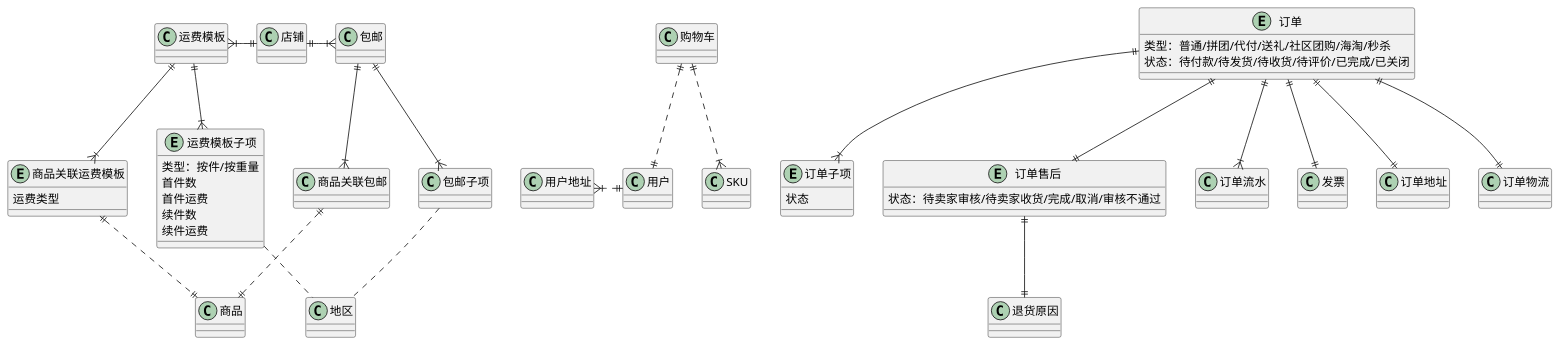
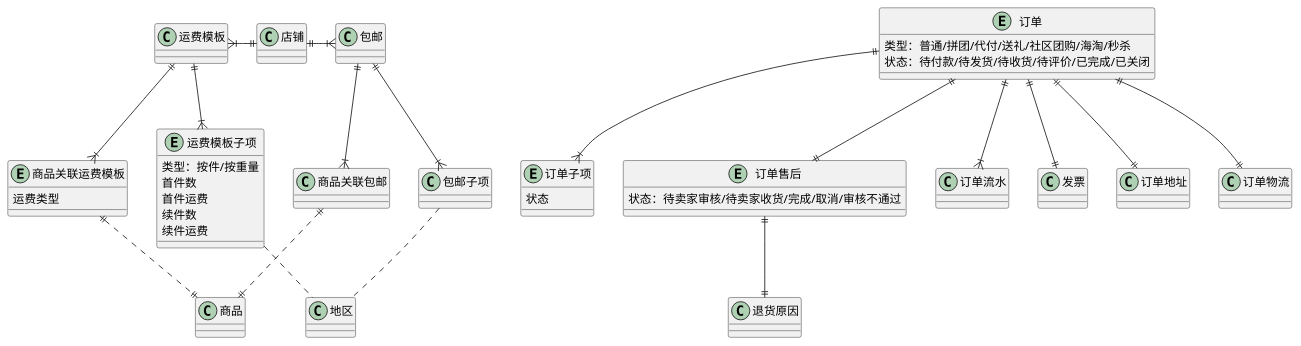
One commit to awesomecat2020/mock-mall changed the diagram in 订单.wsd. Above: the diagram before and after it, drawn with PlantUML. The commit also changed 4 other files, not shown here.

Commit message:
modify UML

```diff
--- a/订单.wsd
+++ b/订单.wsd
@@ -1,50 +1,44 @@
-@startuml
+@startuml 订单UML
 
 entity 订单 {
     类型：普通/拼团/代付/送礼/社区团购/海淘/秒杀
     状态：待付款/待发货/待收货/待评价/已完成/已关闭
 }
 entity 订单子项 {
     状态
 }
 entity 订单售后 {
     状态：待卖家审核/待卖家收货/完成/取消/审核不通过
 }
 entity 商品关联运费模板 {
     运费类型
 }
 entity 运费模板子项 {
     类型：按件/按重量
     首件数
     首件运费
     续件数
     续件运费
 }
 
 订单 ||--|{ 订单子项
 订单 ||--|{ 订单流水
 订单 ||--|| 发票
 订单 ||--|| 订单地址
 订单 ||--|| 订单物流
 订单 ||--|| 订单售后
 订单售后 ||--|| 退货原因
 
 运费模板 ||--|{ 商品关联运费模板
 商品关联运费模板 ||..|| 商品
 运费模板 }|-r-|| 店铺
 运费模板 ||--|{ 运费模板子项
 运费模板子项 .. 地区
 
 包邮 ||--|{ 商品关联包邮
 商品关联包邮 ||..|| 商品
 包邮 }|-l-|| 店铺
 包邮 ||--|{ 包邮子项
 包邮子项 .. 地区
 
-' 用户
-用户地址 }|.|| 用户
-购物车 ||..|| 用户
-购物车 ||..|{ SKU
-
-
 @enduml
```
